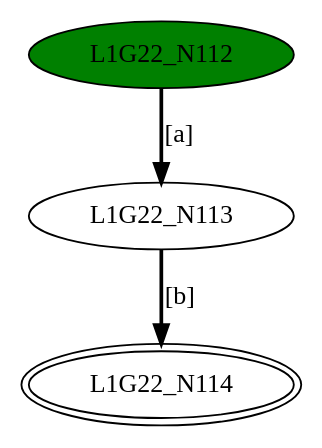
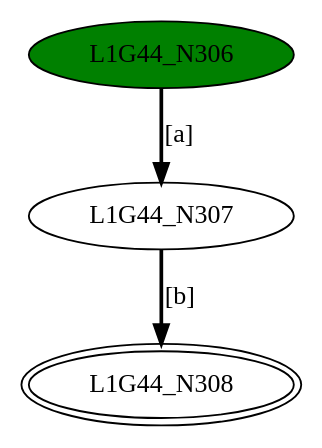
The diagram in DFASimulator/Testbench/mergeDFA1.dot (GDimitroulakos/EDUFLEX), drawn with Graphviz before and after one commit. The commit also changed 48 other files, not shown here.

```diff
--- a/DFASimulator/Testbench/mergeDFA1.dot
+++ b/DFASimulator/Testbench/mergeDFA1.dot
@@ -1,7 +1,7 @@
-digraph G22{
-"L1G22_N112" [style=filled,fillcolor=green];
-"L1G22_N113";
-"L1G22_N114" [peripheries=2];
-"L1G22_N112"->"L1G22_N113" [style = bold, label = "[a]"];
-"L1G22_N113"->"L1G22_N114" [style = bold, label = "[b]"];
+digraph G44{
+"L1G44_N306" [style=filled,fillcolor=green];
+"L1G44_N307";
+"L1G44_N308" [peripheries=2];
+"L1G44_N306"->"L1G44_N307" [style = bold, label = "[a]"];
+"L1G44_N307"->"L1G44_N308" [style = bold, label = "[b]"];
 }
```
